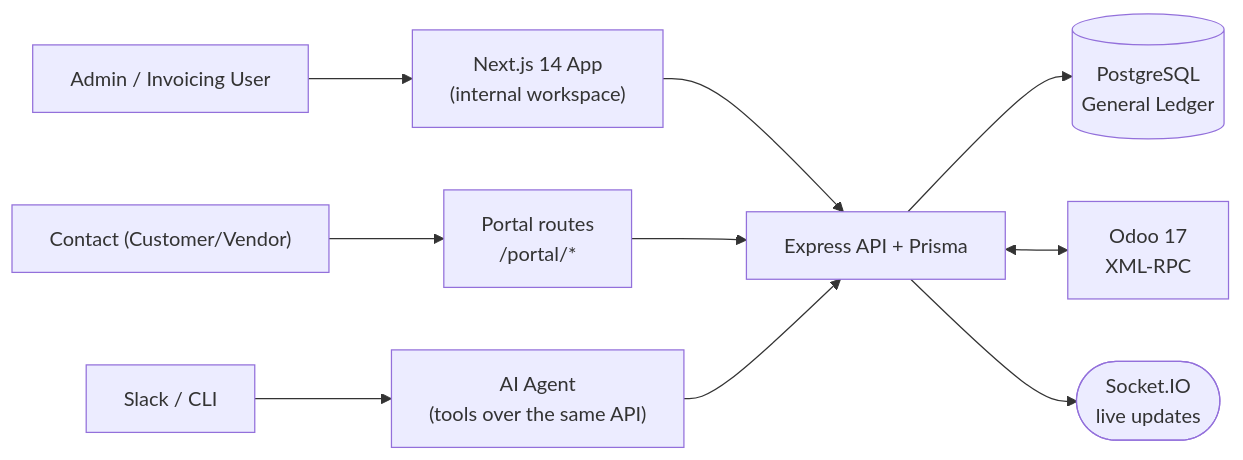
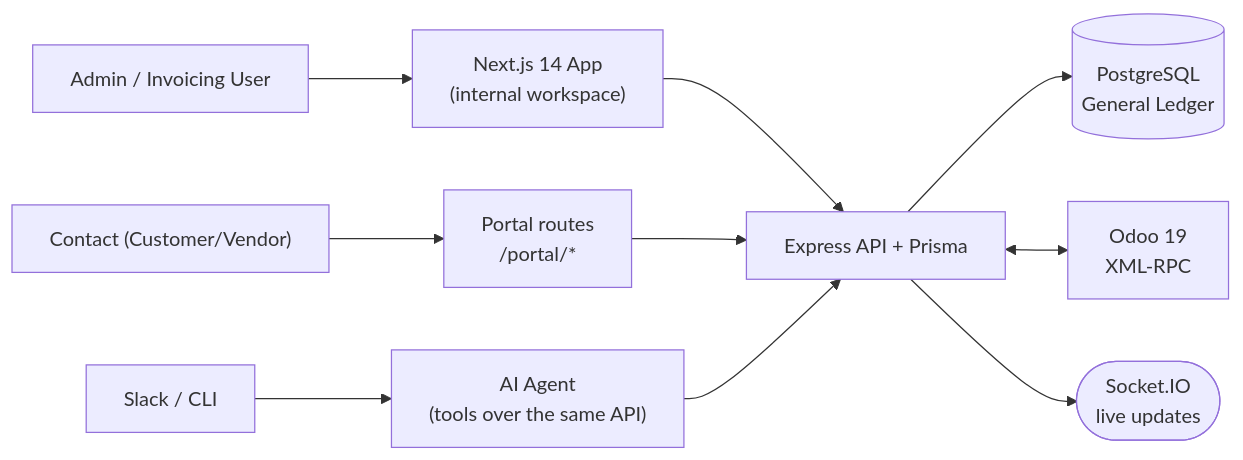
Before and after one commit to KevalMGajjar/Odoo_Team_490: the diagram in PLAN.md, drawn with Mermaid. The commit also changed other lines of this file and 10 other files, not shown here.

First line of the commit message:
Add live Odoo 19 sync: XML-RPC client, master/entry mirroring, trial-balance cross-check

````diff
--- a/PLAN.md
+++ b/PLAN.md
@@ -50,12 +50,12 @@
 ```mermaid
 flowchart LR
     U["Admin / Invoicing User"] --> F["Next.js 14 App<br/>(internal workspace)"]
     C["Contact (Customer/Vendor)"] --> P["Portal routes<br/>/portal/*"]
     F --> B["Express API + Prisma"]
     P --> B
     B --> DB[("PostgreSQL<br/>General Ledger")]
-    B <--> O["Odoo 17<br/>XML-RPC"]
+    B <--> O["Odoo 19<br/>XML-RPC"]
     B --> WS(["Socket.IO<br/>live updates"])
     S["Slack / CLI"] --> AI["AI Agent<br/>(tools over the same API)"]
     AI --> B
 ```
````
